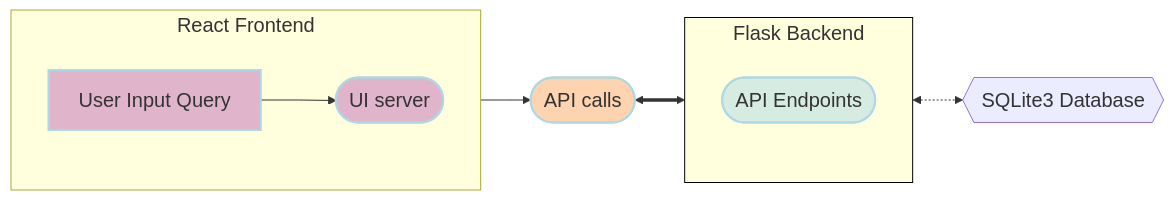
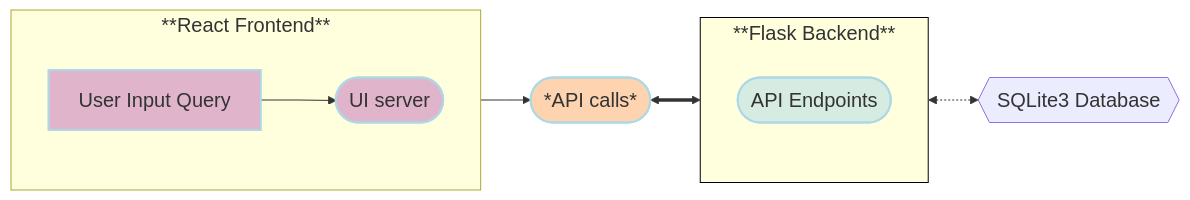
Before and after one commit to VCharrua/free-genai-bootcamp-2025: the diagram in lang-portal/Readme.md, drawn with Mermaid. The commit also changed other lines of this file and 9 other files, not shown here.

Commit message:
#31 Refactor flowchart in README.md to enhance clarity and structure of the Vocabulary Importer components

````diff
--- a/lang-portal/Readme.md
+++ b/lang-portal/Readme.md
@@ -19,41 +19,41 @@
 ```mermaid
 ---
 config:
   flowchart:
     nodeSpacing: 100
     curve: linear
   themeVariables:
     fontSize: 20px
 ---
 flowchart LR
     %% Colors %%
     classDef blue fill:#ADD8E6,stroke:#ADD8E6,stroke-width:2px,fill-opacity:0.5
     classDef orange fill:#FBAA60,stroke:#ADD8E6,stroke-width:2px,fill-opacity:0.5
     classDef orchid fill:#C26DBC,stroke:#ADD8E6,stroke-width:2px,fill-opacity:0.5
     classDef invisible fill:transparent,stroke:transparent;
     style Backend-Component stroke:#000000
 
     %% Subgraphs %%
-    subgraph Backend-Component[" Flask Backend "]
+    subgraph Backend-Component[" **Flask Backend** "]
         direction LR
         AE([API Endpoints]):::blue
     end
-    subgraph Frontend-Componen[" React Frontend "]
+    subgraph Frontend-Componen[" **React Frontend** "]
         direction LR
         a([User Interface Portal]):::orchid
         UI([UI server<br>]):::orchid
     end
 
     db{{SQLite3 Database <br>}}
-    AC([API calls<br>]):::orange
+    AC([*API calls*<br>]):::orange
 
     %% User UI interaction
     direction LR
     a[User Input Query] --> UI
     UI --> AC
     AC <==> Backend-Component
 
     %% Backend service flow
     direction LR
     AE <-.-> db
 ```
````
